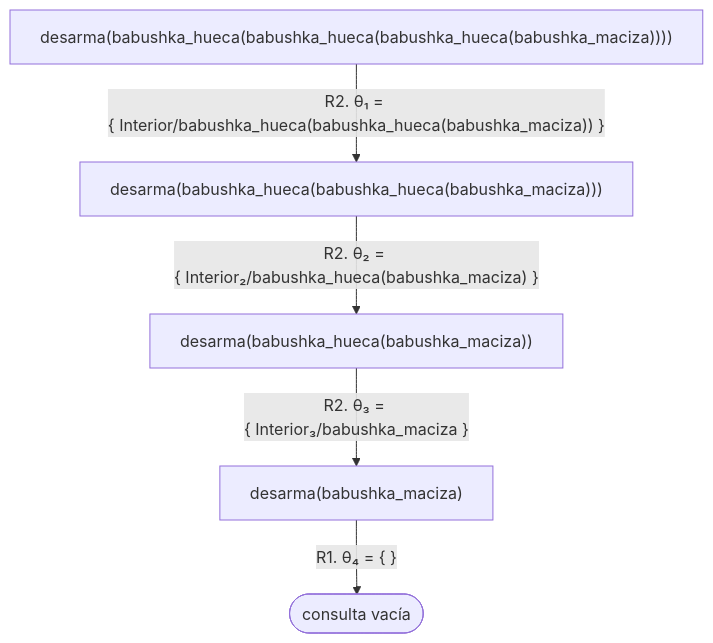
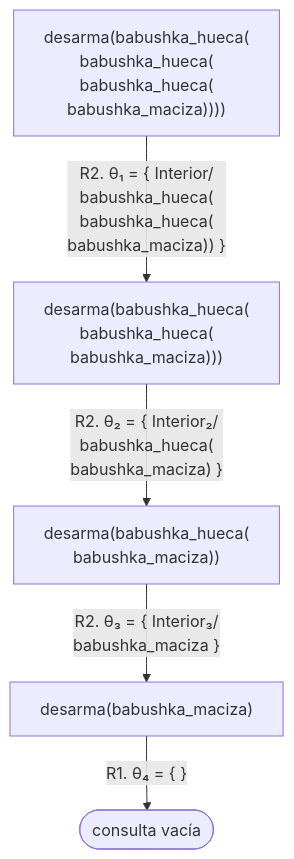
Before and after one commit to CesarBallardini/curso-de-prolog: the fourth of 11 diagrams in docs/capitulo-06-recursion/index.md, drawn with Mermaid. The commit also changed other lines of this file and 24 other files, not shown here.

First line of the commit message:
feat(docs): botones para ocultar las columnas laterales y etiquetas cortas en los diagramas

````diff
--- a/docs/capitulo-06-recursion/index.md
+++ b/docs/capitulo-06-recursion/index.md
@@ -233,7 +233,7 @@
 ```mermaid
 flowchart TD
-    A["desarma(babushka_hueca(babushka_hueca(babushka_hueca(babushka_maciza))))"] -- "R2. θ₁ = {&nbsp;Interior/babushka_hueca(babushka_hueca(babushka_maciza))&nbsp;}" --> B["desarma(babushka_hueca(babushka_hueca(babushka_maciza)))"]
-    B -- "R2. θ₂ = {&nbsp;Interior₂/babushka_hueca(babushka_maciza)&nbsp;}" --> C["desarma(babushka_hueca(babushka_maciza))"]
-    C -- "R2. θ₃ = {&nbsp;Interior₃/babushka_maciza&nbsp;}" --> D["desarma(babushka_maciza)"]
+    A["desarma(babushka_hueca(<br/>babushka_hueca(<br/>babushka_hueca(<br/>babushka_maciza))))"] -- "R2. θ₁ = {&nbsp;Interior/<br/>babushka_hueca(<br/>babushka_hueca(<br/>babushka_maciza))&nbsp;}" --> B["desarma(babushka_hueca(<br/>babushka_hueca(<br/>babushka_maciza)))"]
+    B -- "R2. θ₂ = {&nbsp;Interior₂/<br/>babushka_hueca(<br/>babushka_maciza)&nbsp;}" --> C["desarma(babushka_hueca(<br/>babushka_maciza))"]
+    C -- "R2. θ₃ = {&nbsp;Interior₃/<br/>babushka_maciza&nbsp;}" --> D["desarma(babushka_maciza)"]
     D -- "R1. θ₄ = {&nbsp;}" --> S(["consulta vacía"])
 ```
````
